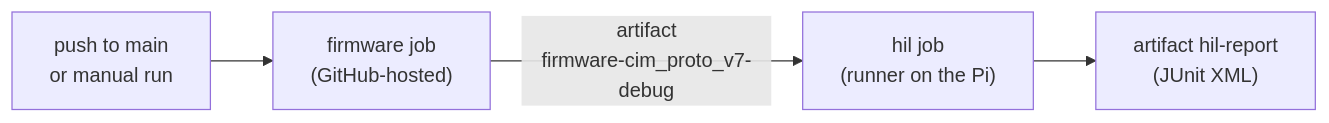
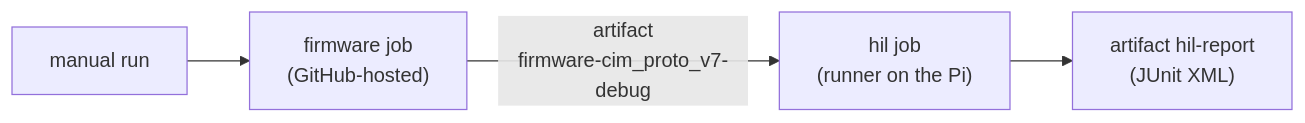
Before and after one commit to bluuas/cim: the second of 2 diagrams in docs/hil/README.md, drawn with Mermaid. The commit also changed other lines of this file and 1 other file, not shown here.

First line of the commit message:
ci: run the hil job manually only (#100)

````diff
--- a/docs/hil/README.md
+++ b/docs/hil/README.md
@@ -85,6 +85,6 @@
 ```mermaid
 flowchart LR
-    push["push to main<br/>or manual run"] --> fw["firmware job<br/>(GitHub-hosted)"]
+    run["manual run"] --> fw["firmware job<br/>(GitHub-hosted)"]
     fw -- "artifact<br/>firmware-cim_proto_v7-debug" --> hil["hil job<br/>(runner on the Pi)"]
     hil --> report["artifact hil-report<br/>(JUnit XML)"]
 ```
````
